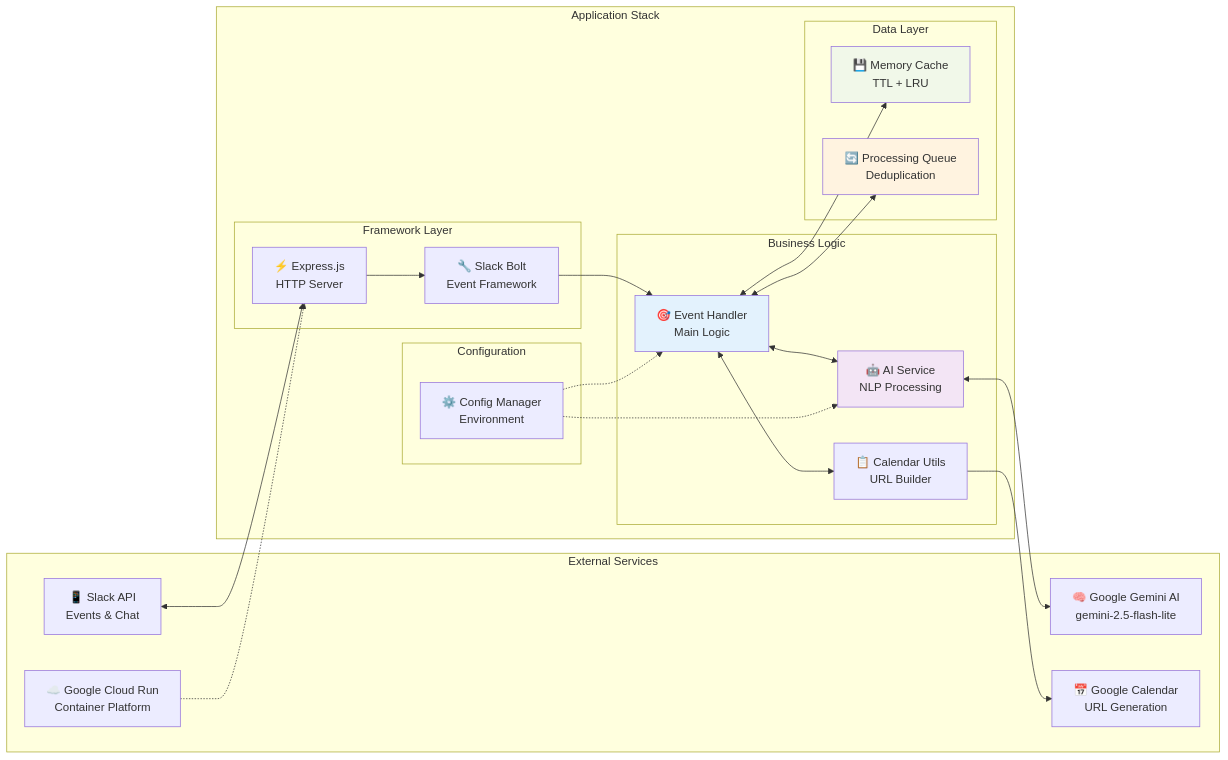
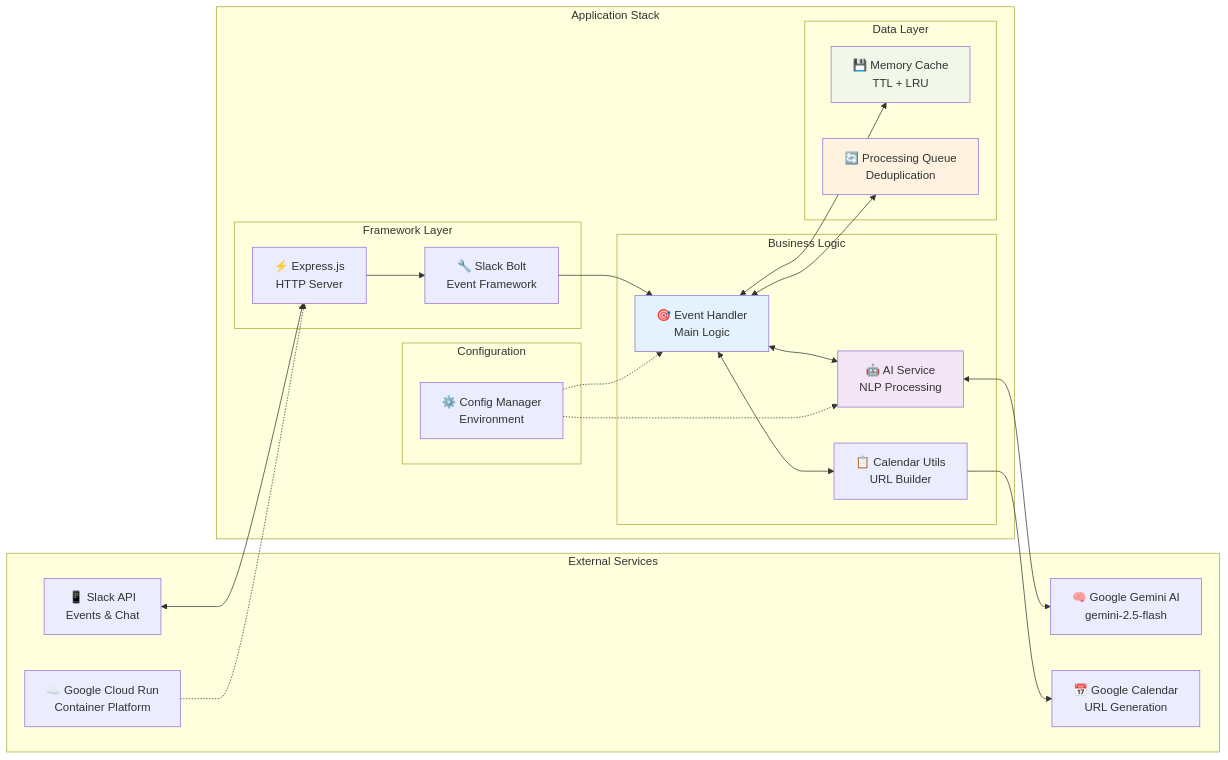
Before and after one commit to matsuvr/calendar-slack-bot: the sixth of 15 diagrams in system_architecture.md, drawn with Mermaid. The commit also changed other lines of this file and 3 other files, not shown here.

````diff
--- a/system_architecture.md
+++ b/system_architecture.md
@@ -223,49 +223,49 @@
 ```mermaid
 flowchart LR
     subgraph "External Services"
         SA[📱 Slack API<br/>Events & Chat]
-        GA[🧠 Google Gemini AI<br/>gemini-2.5-flash-lite]
+        GA[🧠 Google Gemini AI<br/>gemini-2.5-flash]
         GC[📅 Google Calendar<br/>URL Generation]
         CR[☁️ Google Cloud Run<br/>Container Platform]
     end
     
     subgraph "Application Stack"
         subgraph "Framework Layer"
             E[⚡ Express.js<br/>HTTP Server]
             SB[🔧 Slack Bolt<br/>Event Framework]
         end
         
         subgraph "Business Logic"
             EH[🎯 Event Handler<br/>Main Logic]
             AI[🤖 AI Service<br/>NLP Processing]
             CU[📋 Calendar Utils<br/>URL Builder]
         end
         
         subgraph "Data Layer"
             MC[💾 Memory Cache<br/>TTL + LRU]
             PQ[🔄 Processing Queue<br/>Deduplication]
         end
         
         subgraph "Configuration"
             CF[⚙️ Config Manager<br/>Environment]
         end
     end
     
     SA <--> E
     E --> SB
     SB --> EH
     EH <--> AI
     EH <--> CU
     EH <--> MC
     EH <--> PQ
     AI <--> GA
     CU --> GC
     CF -.-> EH
     CF -.-> AI
     CR -.-> E
     
     style EH fill:#e3f2fd
     style AI fill:#f3e5f5
     style MC fill:#f1f8e9
     style PQ fill:#fff3e0
 ```
````
